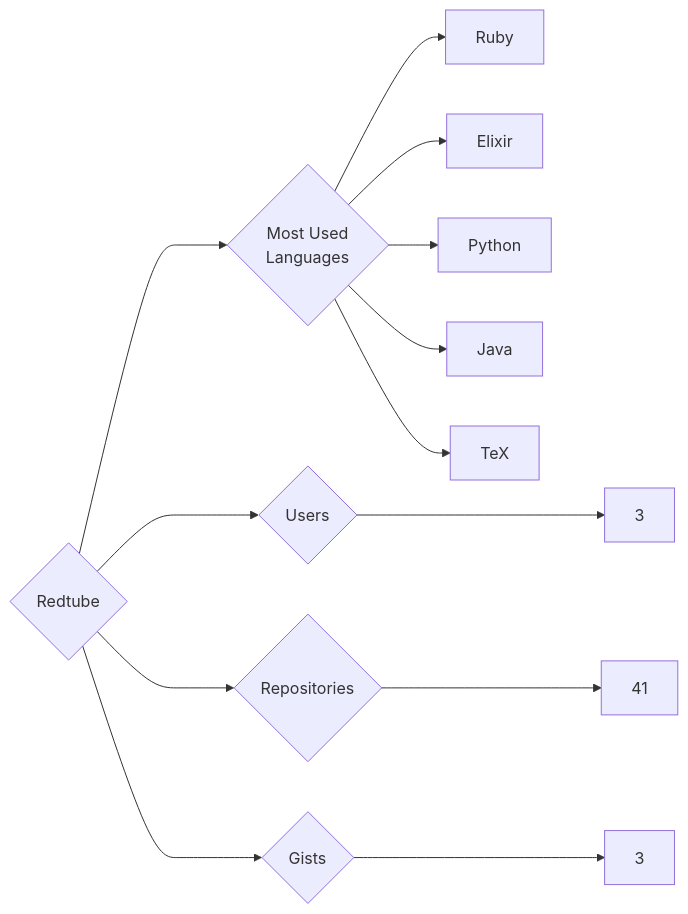
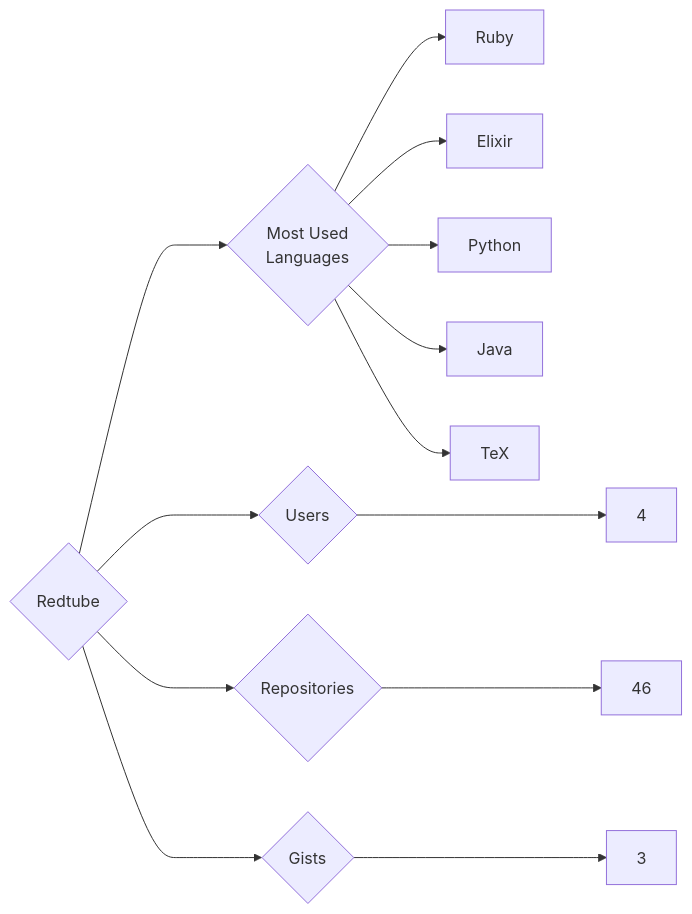
Before and after one commit to trickest/insiders: the diagram in targets/Redtube/README.md, drawn with Mermaid. The commit also changed 682 other files, not shown here.

````diff
--- a/targets/Redtube/README.md
+++ b/targets/Redtube/README.md
@@ -3,13 +3,13 @@
 ```mermaid
 graph LR
 COMPANY_NAME{Redtube}
-COMPANY_NAME ---> U{Users} ---> UN[3]
-COMPANY_NAME ---> R{Repositories} ---> RN[41]
+COMPANY_NAME ---> U{Users} ---> UN[4]
+COMPANY_NAME ---> R{Repositories} ---> RN[46]
 COMPANY_NAME ---> G{Gists} ---> GN[3]
 COMPANY_NAME ---> ML{Most Used<br>Languages}
 ML --> Ruby[Ruby]
 ML --> Elixir[Elixir]
 ML --> Python[Python]
 ML --> Java[Java]
 ML --> TeX[TeX]
 ```
````
